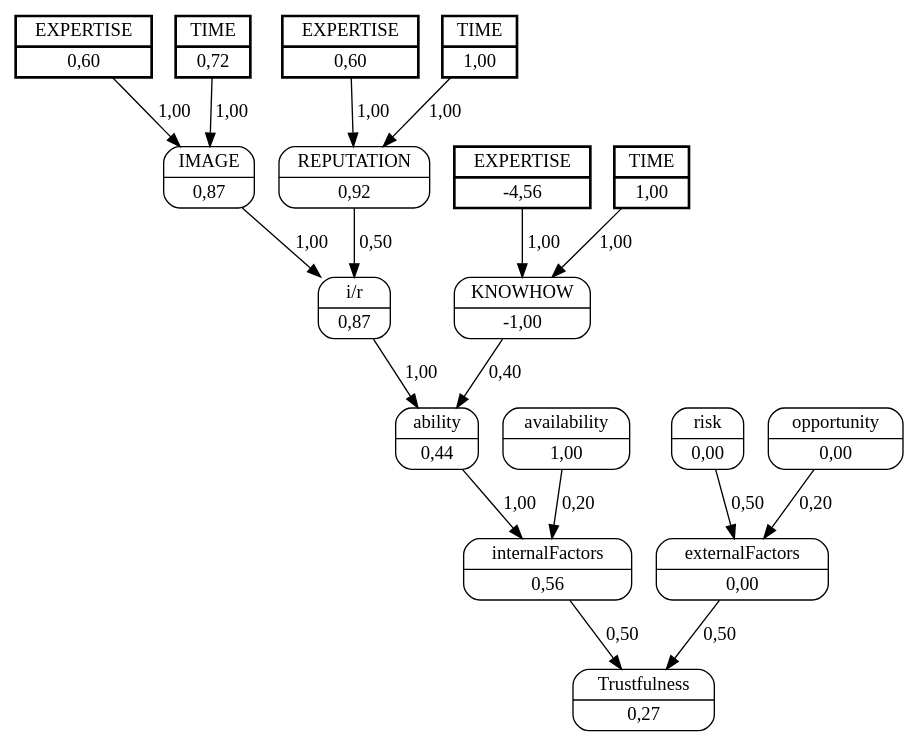
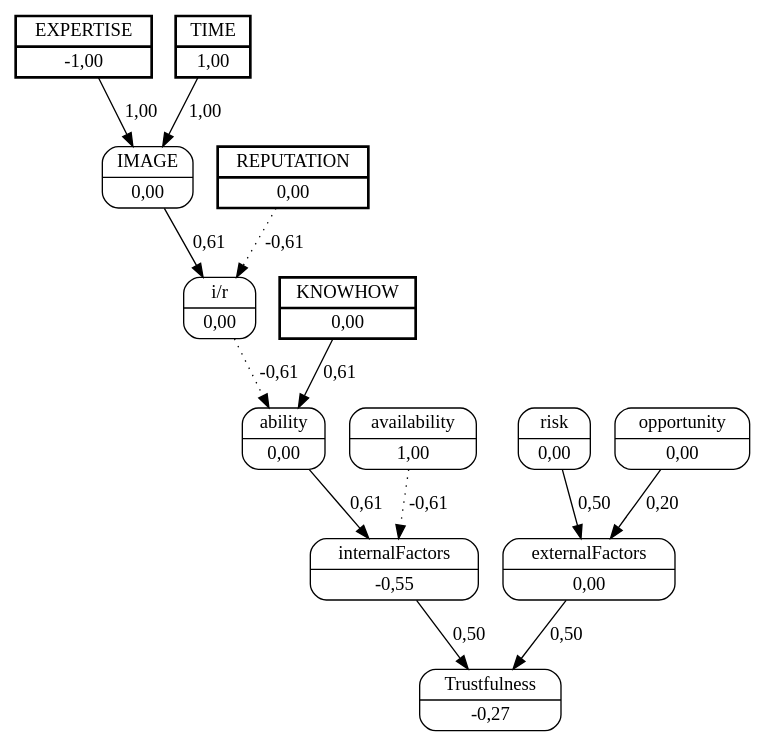
One commit to jjbaqueta/unload_experiment changed the diagram in unload_boxes/dots/truck_9worker_1.dot. Above: the diagram before and after it, drawn with Graphviz. The commit also changed 77 other files, not shown here.

```diff
--- a/unload_boxes/dots/truck_9worker_1.dot
+++ b/unload_boxes/dots/truck_9worker_1.dot
@@ -1,38 +1,29 @@
 digraph FCM_net{
 	node [shape=record, style=rounded]
-	11 [label="{EXPERTISE | 0,60}", style=bold, penwidth=2, peripheries=2];
-	12 [label="{TIME | 0,72}", style=bold, penwidth=2, peripheries=2];
-	13 [label="{EXPERTISE | 0,60}", style=bold, penwidth=2, peripheries=2];
-	14 [label="{TIME | 1,00}", style=bold, penwidth=2, peripheries=2];
-	15 [label="{EXPERTISE | -4,56}", style=bold, penwidth=2, peripheries=2];
-	16 [label="{TIME | 1,00}", style=bold, penwidth=2, peripheries=2];
-	0 [label="{IMAGE | 0,87}"];
-	1 [label="{REPUTATION | 0,92}"];
-	2 [label="{KNOWHOW | -1,00}"];
-	3 [label="{i/r | 0,87}"];
-	4 [label="{ability | 0,44}"];
+	11 [label="{EXPERTISE | -1,00}", style=bold, penwidth=2, peripheries=2];
+	12 [label="{TIME | 1,00}", style=bold, penwidth=2, peripheries=2];
+	1 [label="{REPUTATION | 0,00}", style=bold, penwidth=2, peripheries=2];
+	2 [label="{KNOWHOW | 0,00}", style=bold, penwidth=2, peripheries=2];
+	0 [label="{IMAGE | 0,00}"];
+	3 [label="{i/r | 0,00}"];
+	4 [label="{ability | 0,00}"];
 	5 [label="{availability | 1,00}"];
-	6 [label="{internalFactors | 0,56}"];
+	6 [label="{internalFactors | -0,55}"];
 	7 [label="{risk | 0,00}"];
 	8 [label="{opportunity | 0,00}"];
 	9 [label="{externalFactors | 0,00}"];
-	10 [label="{Trustfulness | 0,27}"];
-	11 [label="{EXPERTISE | 0,60}"];
-	13 [label="{EXPERTISE | 0,60}"];
-	0 -> 3 [label = "1,00"];
-	1 -> 3 [label = "0,50"];
-	3 -> 4 [label = "1,00"];
-	2 -> 4 [label = "0,40"];
-	4 -> 6 [label = "1,00"];
-	5 -> 6 [label = "0,20"];
+	10 [label="{Trustfulness | -0,27}"];
+	11 [label="{EXPERTISE | -1,00}"];
+	0 -> 3 [label = "0,61"];
+	1 -> 3 [label = "-0,61", style=dotted];
+	3 -> 4 [label = "-0,61", style=dotted];
+	2 -> 4 [label = "0,61"];
+	4 -> 6 [label = "0,61"];
+	5 -> 6 [label = "-0,61", style=dotted];
 	6 -> 10 [label = "0,50"];
 	7 -> 9 [label = "0,50"];
 	8 -> 9 [label = "0,20"];
 	9 -> 10 [label = "0,50"];
 	11 -> 0 [label = "1,00"];
 	12 -> 0 [label = "1,00"];
-	13 -> 1 [label = "1,00"];
-	14 -> 1 [label = "1,00"];
-	15 -> 2 [label = "1,00"];
-	16 -> 2 [label = "1,00"];
 }
```
